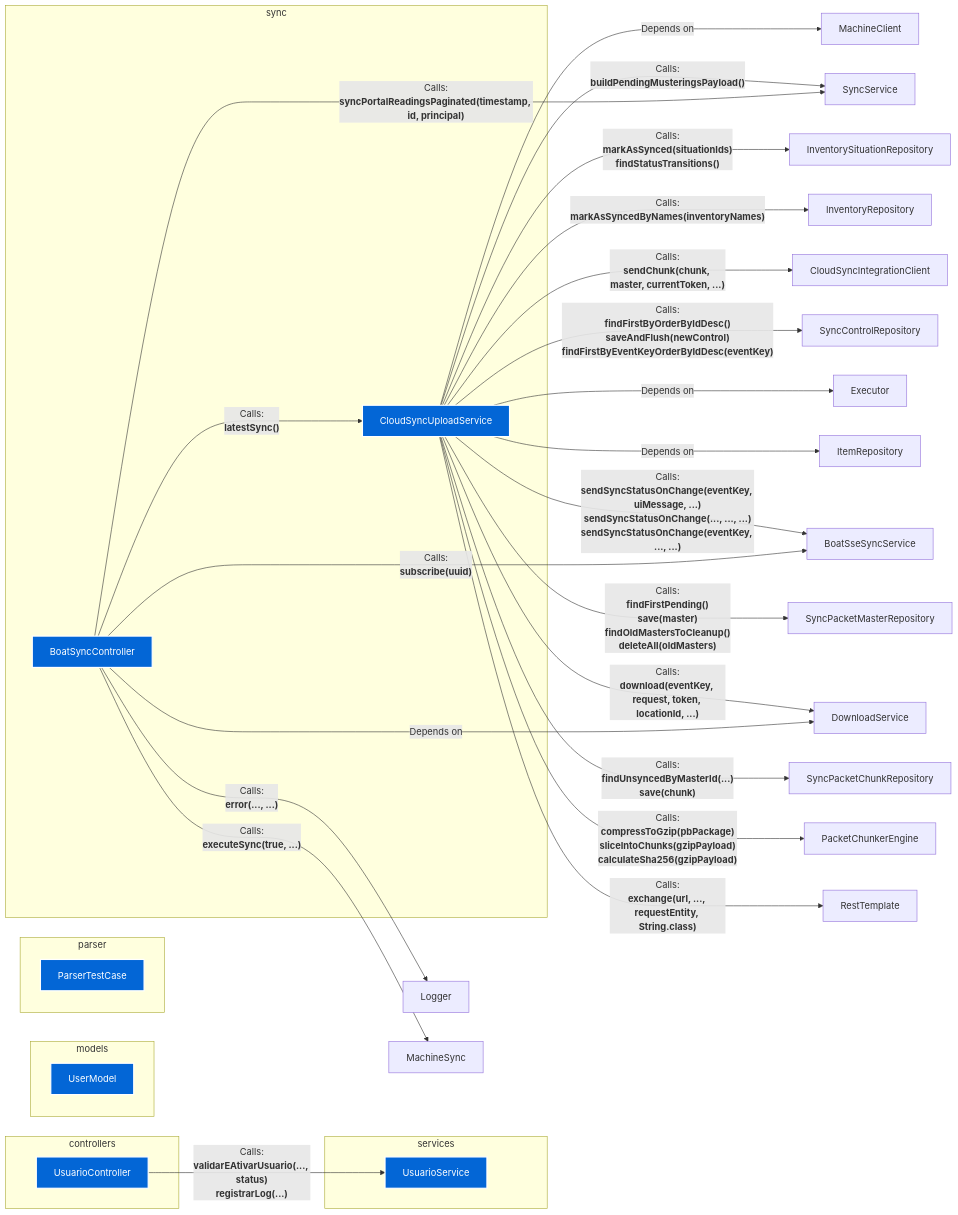
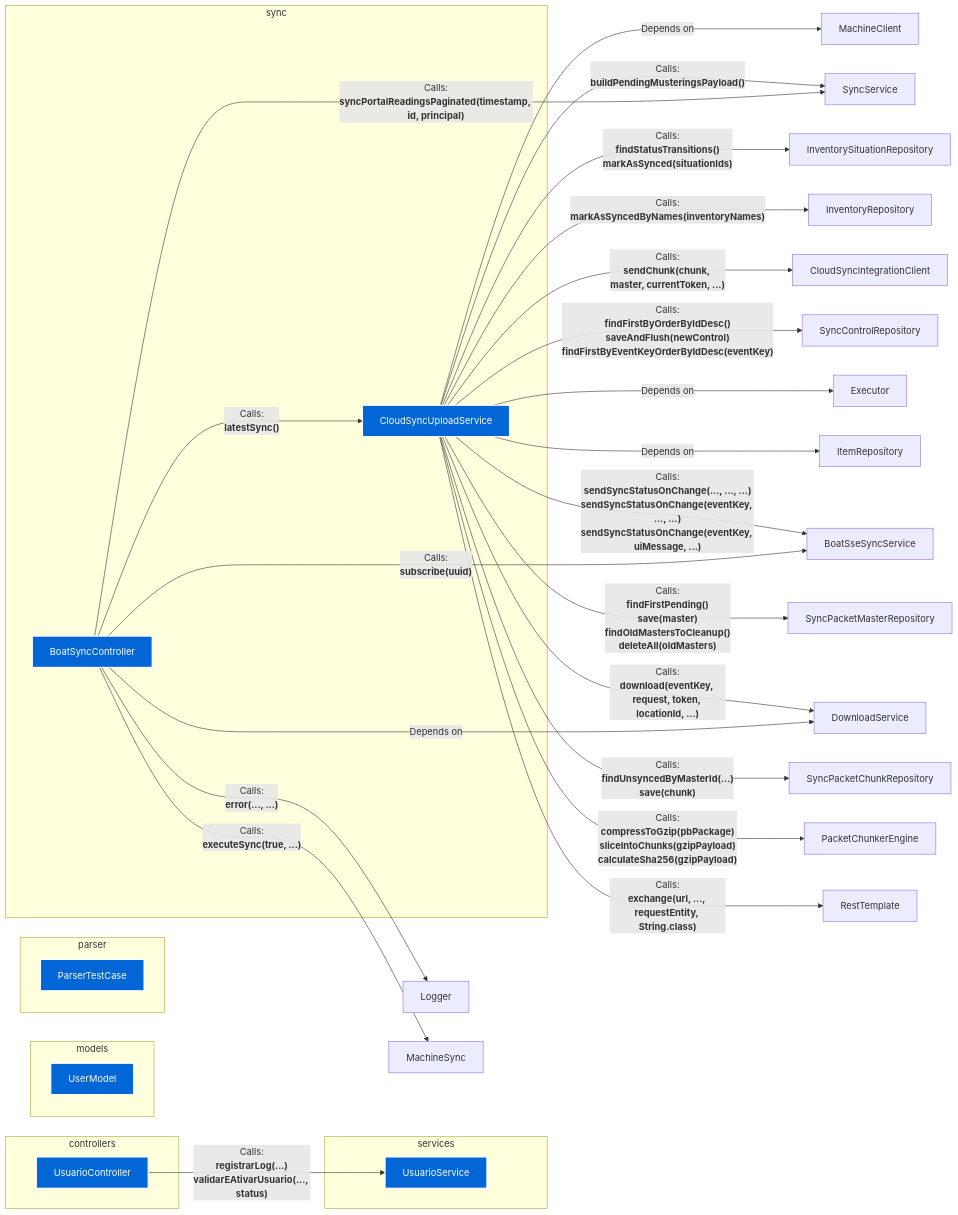
One commit to FelipeMCassiano/geanky changed the diagram in docs/00_Architecture_Overview.md. Above: the diagram before and after it, drawn with Mermaid. The commit also changed 2 other files, not shown here.

Commit message:
i test some 600

```diff
--- a/docs/00_Architecture_Overview.md
+++ b/docs/00_Architecture_Overview.md
@@ -49,6 +49,10 @@
     
     
     
+        
+        
+            UsuarioController -->|"Calls:<br><b>registrarLog(...)<br>validarEAtivarUsuario(..., status)</b>"| UsuarioService
+        
     
     
     
@@ -58,10 +62,6 @@
     
     
     
-        
-        
-            UsuarioController -->|"Calls:<br><b>validarEAtivarUsuario(..., status)<br>registrarLog(...)</b>"| UsuarioService
-        
     
     
     
@@ -144,7 +144,7 @@
     
         
         
-            CloudSyncUploadService -->|"Calls:<br><b>markAsSynced(situationIds)<br>findStatusTransitions()</b>"| InventorySituationRepository
+            CloudSyncUploadService -->|"Calls:<br><b>findStatusTransitions()<br>markAsSynced(situationIds)</b>"| InventorySituationRepository
         
     
     
@@ -179,7 +179,7 @@
     
         
         
-            CloudSyncUploadService -->|"Calls:<br><b>sendSyncStatusOnChange(eventKey, uiMessage, ...)<br>sendSyncStatusOnChange(..., ..., ...)<br>sendSyncStatusOnChange(eventKey, ..., ...)</b>"| BoatSseSyncService
+            CloudSyncUploadService -->|"Calls:<br><b>sendSyncStatusOnChange(..., ..., ...)<br>sendSyncStatusOnChange(eventKey, ..., ...)<br>sendSyncStatusOnChange(eventKey, uiMessage, ...)</b>"| BoatSseSyncService
         
     
     
```
